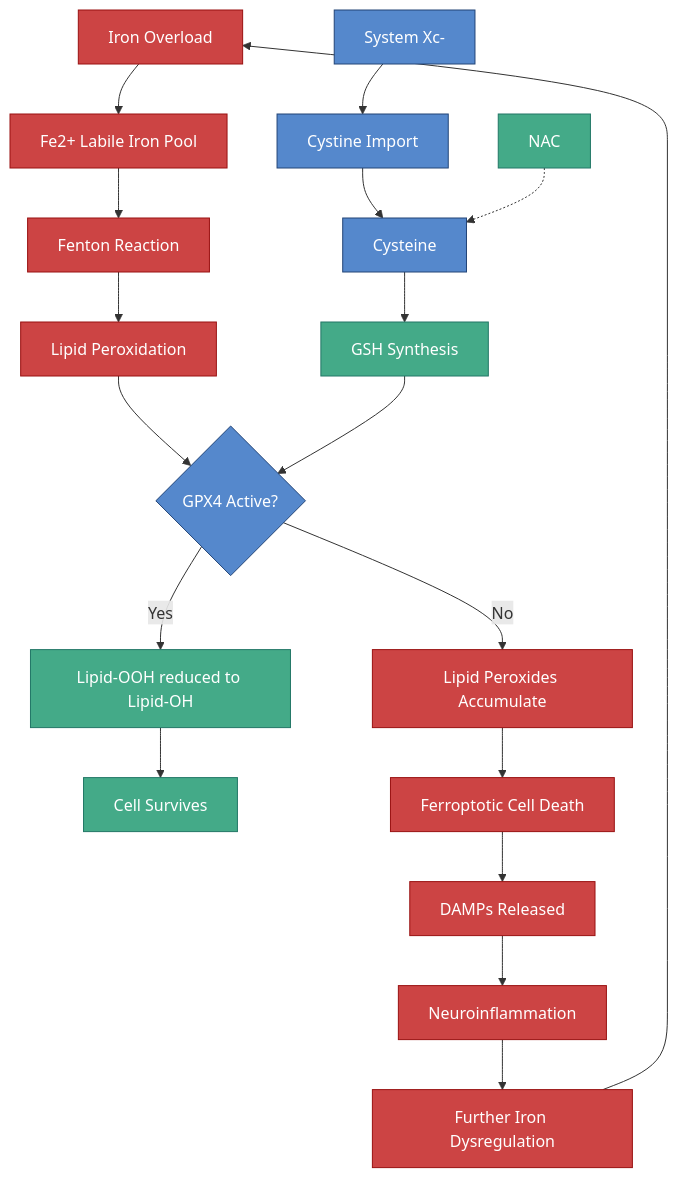
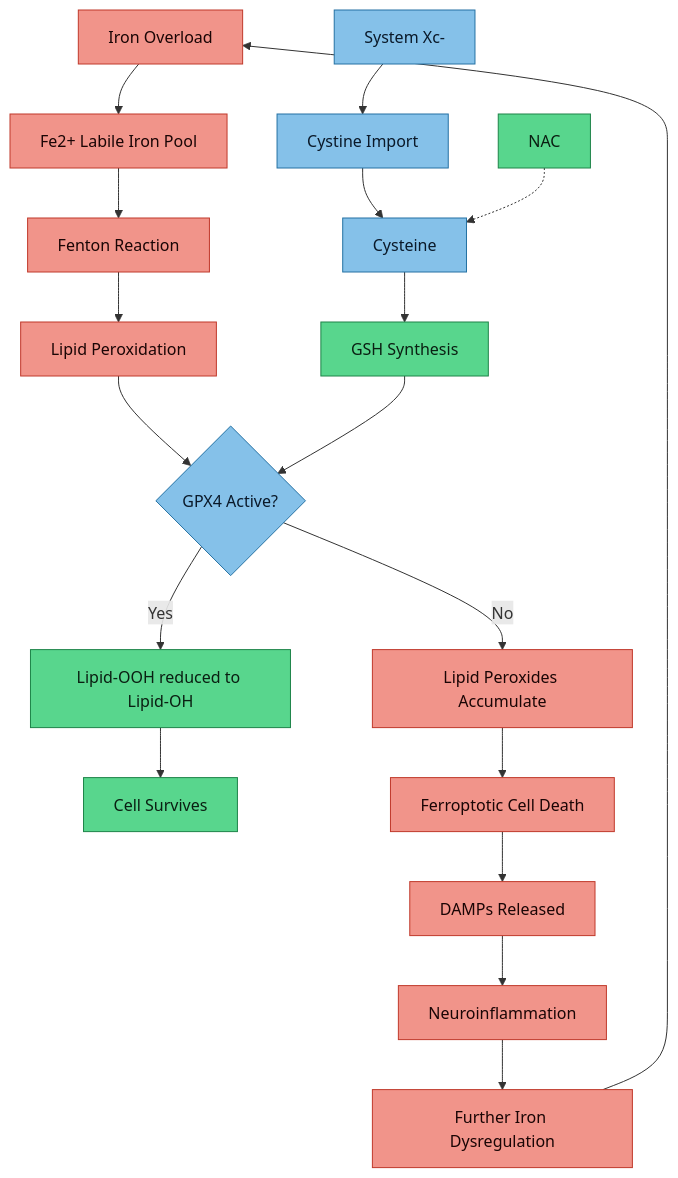
Before and after one commit to Aegis-commits/ag-hfe-adhd-asd-research: the diagram in research/Ferroptosis and Neuronal Iron.md, drawn with Mermaid. The commit also changed 39 other files, not shown here.

First line of the commit message:
docs(vault): standardise diagram colours for light-mode readability, add MOC quick nav

````diff
--- a/research/Ferroptosis and Neuronal Iron.md
+++ b/research/Ferroptosis and Neuronal Iron.md
@@ -31,33 +31,33 @@
 ```mermaid
 flowchart TD
     A["Iron Overload"] --> B["Fe2+ Labile Iron Pool"]
     B --> C["Fenton Reaction"]
     C --> D["Lipid Peroxidation"]
     D --> E{"GPX4 Active?"}
     E -- Yes --> F["Lipid-OOH reduced to Lipid-OH"]
     F --> G["Cell Survives"]
     E -- No --> H["Lipid Peroxides Accumulate"]
     H --> I["Ferroptotic Cell Death"]
 
     J["System Xc-"] --> K["Cystine Import"]
     K --> L["Cysteine"]
     L --> M["GSH Synthesis"]
     M --> E
 
     N["NAC"] -.-> L
 
     I --> O["DAMPs Released"]
     O --> P["Neuroinflammation"]
     P --> Q["Further Iron Dysregulation"]
     Q --> A
 
-    classDef pathological fill:#c44,color:#fff,stroke:#911
-    classDef protective fill:#4a8,color:#fff,stroke:#276
-    classDef neutral fill:#58c,color:#fff,stroke:#247
-    classDef outcome fill:#888,color:#fff,stroke:#555
+    classDef pathological fill:#f1948a,stroke:#c0392b,color:#1a0505
+    classDef protective fill:#58d68d,stroke:#1e8449,color:#0a1f12
+    classDef neutral fill:#85c1e9,stroke:#2471a3,color:#0a1929
+    classDef outcome fill:#f7dc6f,stroke:#b7950b,color:#1a1400
 
     class A,B,C,D,H,I,O,P,Q pathological
     class F,G,M protective
     class J,K,L,E neutral
     class N protective
 ```
````
